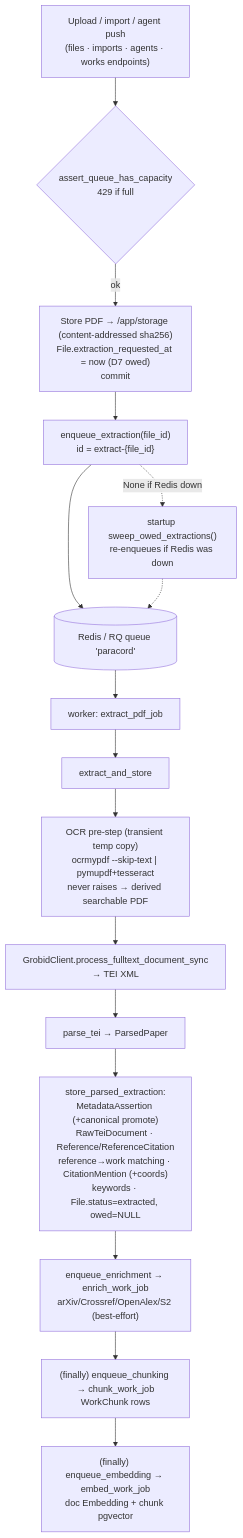
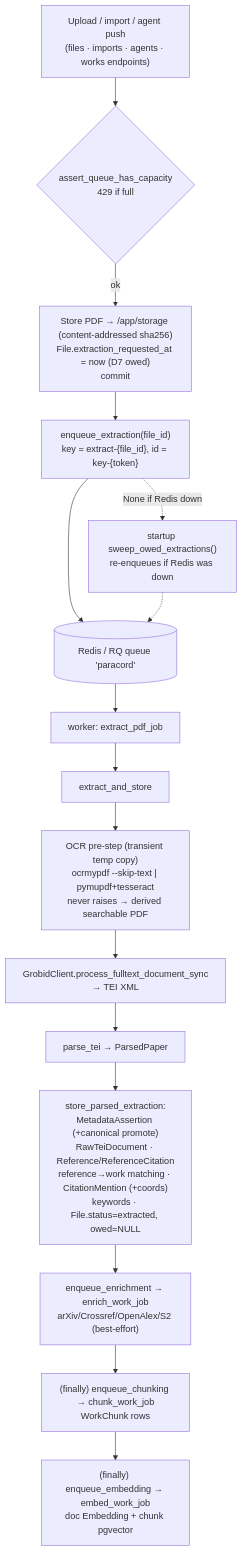
One commit to radoskov/paracord changed the first of 2 diagrams in docs/reference/05_pipelines_workers.md. Above: the diagram before and after it, drawn with Mermaid. The commit also changed other lines of this file and 9 other files, not shown here.

````diff
--- a/docs/reference/05_pipelines_workers.md
+++ b/docs/reference/05_pipelines_workers.md
@@ -12,22 +12,22 @@
 ```mermaid
 flowchart TB
     up["Upload / import / agent push<br/>(files · imports · agents · works endpoints)"]
     cap{"assert_queue_has_capacity<br/>429 if full"}
     store["Store PDF → /app/storage (content-addressed sha256)<br/>File.extraction_requested_at = now (D7 owed)<br/>commit"]
-    enq["enqueue_extraction(file_id)<br/>id = extract-{file_id}"]
+    enq["enqueue_extraction(file_id)<br/>key = extract-{file_id}, id = key-{token}"]
     redis[("Redis / RQ queue 'paracord'")]
     recover["startup sweep_owed_extractions()<br/>re-enqueues if Redis was down"]
     job["worker: extract_pdf_job"]
     eas["extract_and_store"]
     ocr["OCR pre-step (transient temp copy)<br/>ocrmypdf --skip-text | pymupdf+tesseract<br/>never raises → derived searchable PDF"]
     grobid["GrobidClient.process_fulltext_document_sync<br/>→ TEI XML"]
     parse["parse_tei → ParsedPaper"]
     persist["store_parsed_extraction:<br/>MetadataAssertion (+canonical promote)<br/>RawTeiDocument · Reference/ReferenceCitation<br/>reference→work matching · CitationMention (+coords)<br/>keywords · File.status=extracted, owed=NULL"]
     enrich["enqueue_enrichment → enrich_work_job<br/>arXiv/Crossref/OpenAlex/S2 (best-effort)"]
     chunk["(finally) enqueue_chunking → chunk_work_job<br/>WorkChunk rows"]
     embed["(finally) enqueue_embedding → embed_work_job<br/>doc Embedding + chunk pgvector"]
 
     up --> cap -->|ok| store --> enq --> redis --> job --> eas
     enq -.->|None if Redis down| recover -.-> redis
     eas --> ocr --> grobid --> parse --> persist --> enrich --> chunk --> embed
 ```
````
